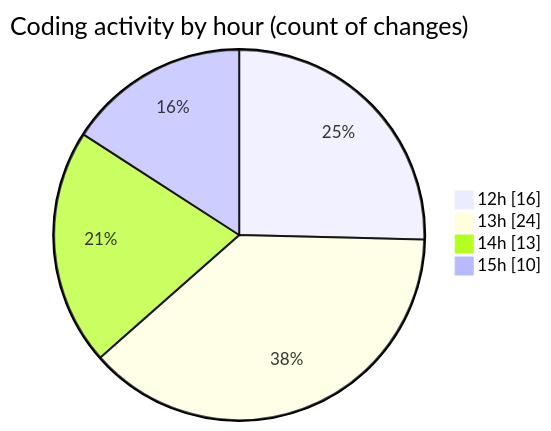
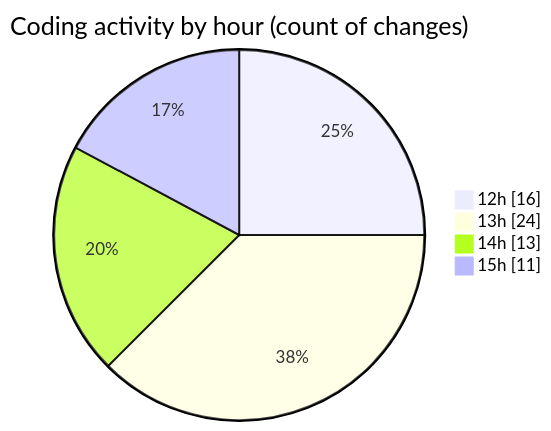
One commit to nxtqubesakshisongat/code-tracking changed the second of 2 diagrams in 2025-06-27/nxtqube_webapp/README.md. Above: the diagram before and after it, drawn with Mermaid. The commit also changed other lines of this file and 1 other file, not shown here.

````diff
--- a/2025-06-27/nxtqube_webapp/README.md
+++ b/2025-06-27/nxtqube_webapp/README.md
@@ -36,8 +36,8 @@
 ```mermaid
 pie showData
 title Coding activity by hour (count of changes)
 "12h" : 16
 "13h" : 24
 "14h" : 13
-"15h" : 10
+"15h" : 11
 ```
````
